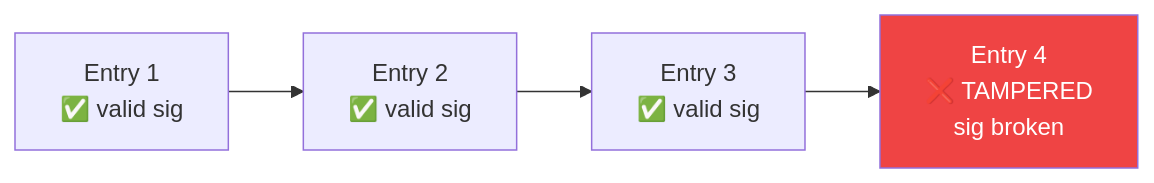
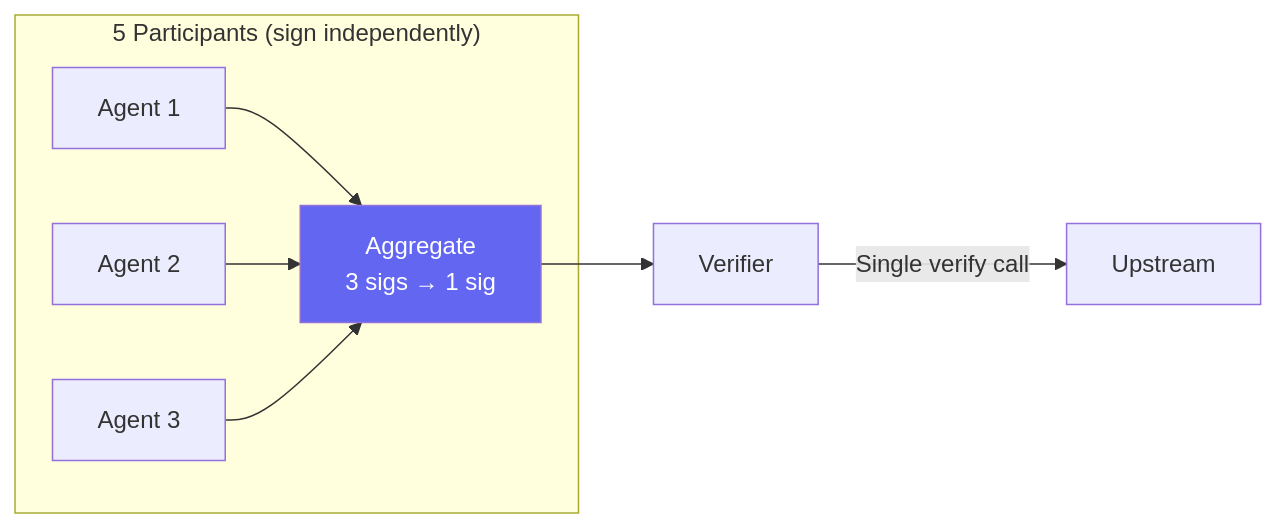
Before and after one commit to IceMasterT/7h3-protocol: the seventh of 8 diagrams in README.md, drawn with Mermaid. The commit also changed other lines of this file, not shown here.

````diff
--- a/README.md
+++ b/README.md
@@ -775,6 +1160,11 @@
 ```mermaid
 flowchart LR
-    E1[Entry 1\n✅ valid sig] --> E2[Entry 2\n✅ valid sig] --> E3[Entry 3\n✅ valid sig]
-    E3 --> E4[Entry 4\n❌ TAMPERED\nsig broken]
-    style E4 fill:#ef4444,color:#fff
+    subgraph "5 Participants (sign independently)"
+        A1[Agent 1] --> Agg
+        A2[Agent 2] --> Agg
+        A3[Agent 3] --> Agg
+    end
+    Agg["Aggregate\n3 sigs → 1 sig"] --> V[Verifier]
+    V -->|Single verify call| Up[Upstream]
+    style Agg fill:#6366f1,color:#fff
 ```
````
